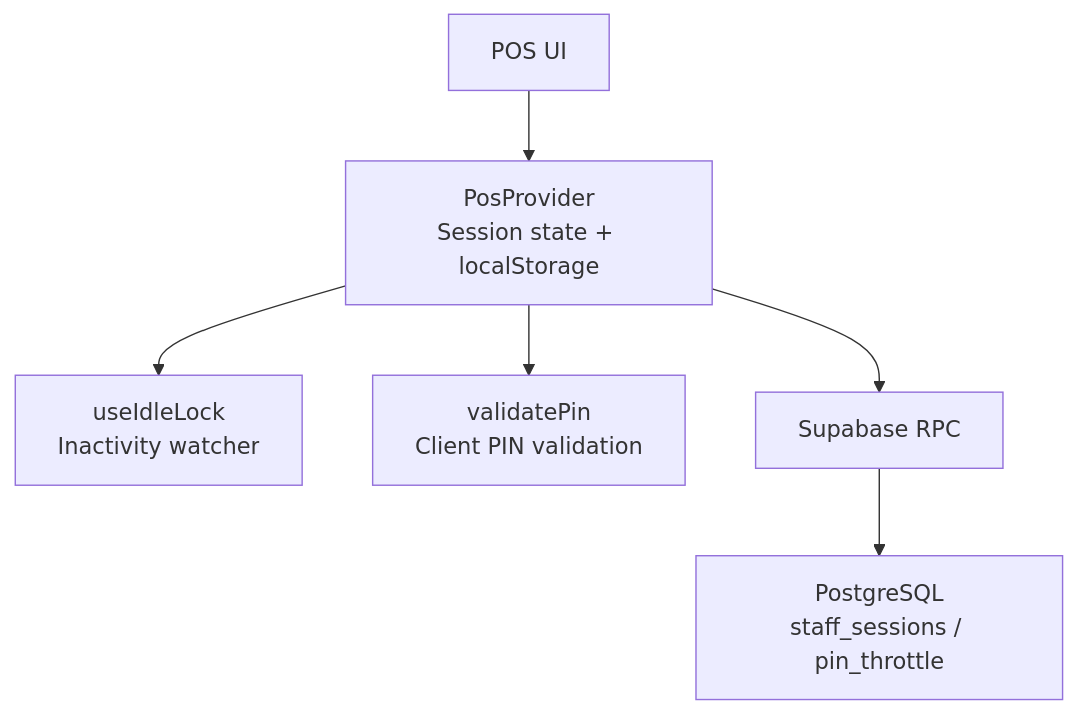
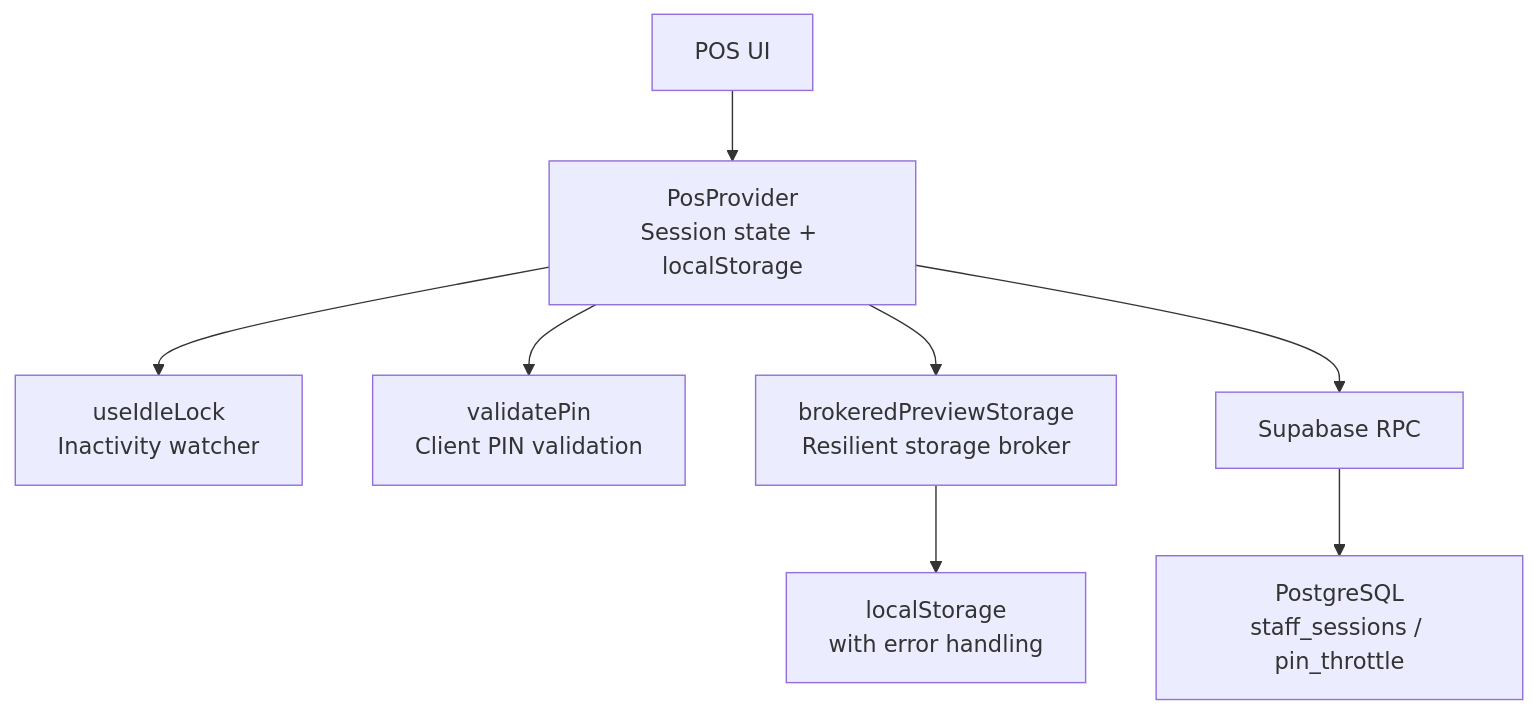
The first of 14 diagrams in .qoder/repowiki/en/content/Architecture Overview/Data Flow & State Management/State Management Architecture/Staff Session Management.md (themclloyd/storq), drawn with Mermaid before and after one commit. The commit also changed other lines of this file and 42 other files, not shown here.

````diff
--- a/.qoder/repowiki/en/content/Architecture Overview/Data Flow & State Management/State Management Architecture/Staff Session Management.md
+++ b/.qoder/repowiki/en/content/Architecture Overview/Data Flow & State Management/State Management Architecture/Staff Session Management.md
@@ -31,8 +42,10 @@
 ```mermaid
 graph TB
 UI["POS UI"] --> Provider["PosProvider<br/>Session state + localStorage"]
 Provider --> IdleHook["useIdleLock<br/>Inactivity watcher"]
 Provider --> Validate["validatePin<br/>Client PIN validation"]
+Provider --> AuthStorage["brokeredPreviewStorage<br/>Resilient storage broker"]
 Provider --> Supabase["Supabase RPC"]
+AuthStorage --> LocalStorage["localStorage<br/>with error handling"]
 Supabase --> DB["PostgreSQL<br/>staff_sessions / pin_throttle"]
 ```
````
